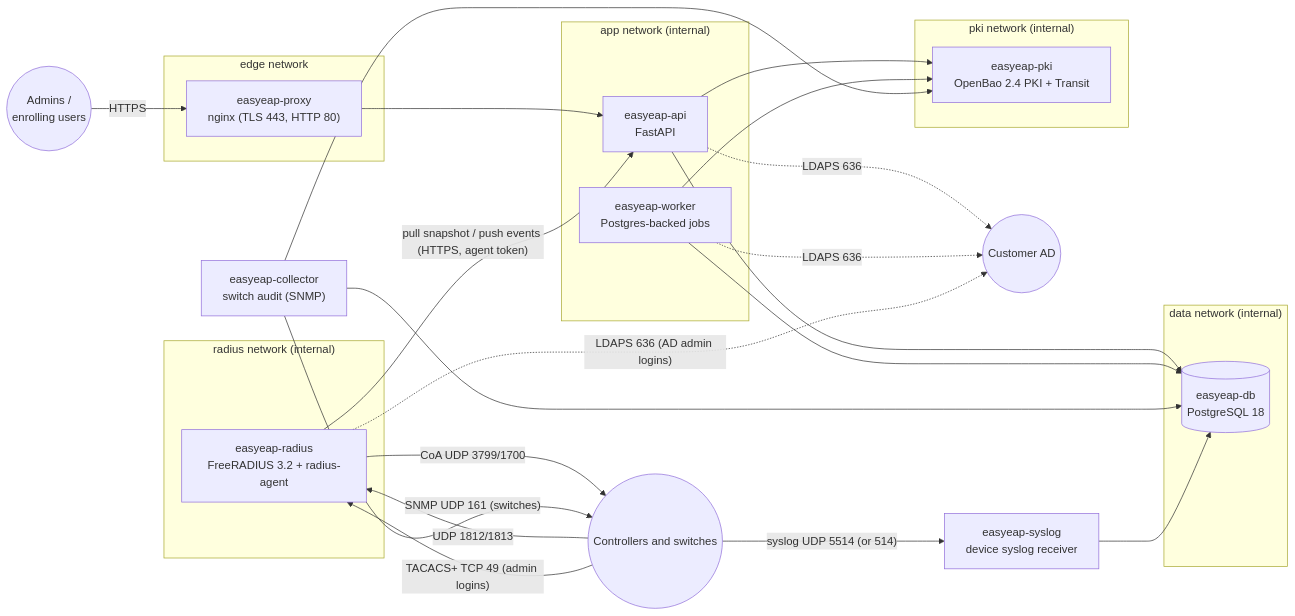
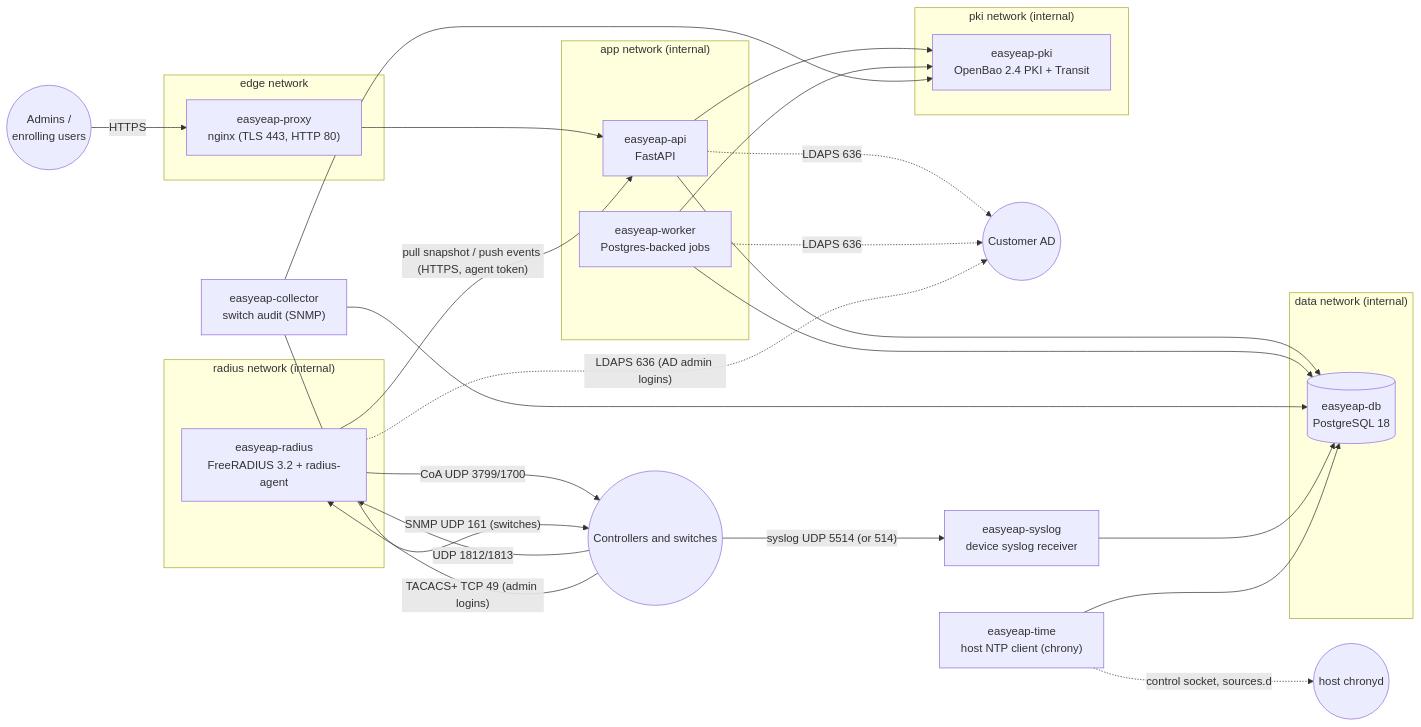
Before and after one commit to paulmataruso/EasyEAP: the first of 3 diagrams in ARCHITECTURE.md, drawn with Mermaid. The commit also changed other lines of this file and 39 other files, not shown here.

First line of the commit message:
Time (NTP) from the console, and dates on every log line

````diff
--- a/ARCHITECTURE.md
+++ b/ARCHITECTURE.md
@@ -7,39 +7,42 @@
 ```mermaid
 flowchart LR
   subgraph edge["edge network"]
     proxy["easyeap-proxy<br/>nginx (TLS 443, HTTP 80)"]
   end
   subgraph app["app network (internal)"]
     api["easyeap-api<br/>FastAPI"]
     worker["easyeap-worker<br/>Postgres-backed jobs"]
   end
   subgraph data["data network (internal)"]
     db[("easyeap-db<br/>PostgreSQL 18")]
   end
   subgraph pki["pki network (internal)"]
     bao["easyeap-pki<br/>OpenBao 2.4 PKI + Transit"]
   end
   subgraph rad["radius network (internal)"]
     radius["easyeap-radius<br/>FreeRADIUS 3.2 + radius-agent"]
   end
   collector["easyeap-collector<br/>switch audit (SNMP)"]
   syslog["easyeap-syslog<br/>device syslog receiver"]
+  time["easyeap-time<br/>host NTP client (chrony)"]
   admin(("Admins /<br/>enrolling users")) -->|HTTPS| proxy
   nas(("Controllers and switches")) -->|"UDP 1812/1813"| radius
   nas -->|"TACACS+ TCP 49 (admin logins)"| radius
   radius -->|"CoA UDP 3799/1700"| nas
   collector -->|"SNMP UDP 161 (switches)"| nas
   nas -->|"syslog UDP 5514 (or 514)"| syslog
   proxy --> api
   api --> db
   worker --> db
   collector --> db
   syslog --> db
+  time --> db
+  time -.->|"control socket, sources.d"| chronyd(("host chronyd"))
   api --> bao
   worker --> bao
   collector --> bao
   radius -->|"pull snapshot / push events (HTTPS, agent token)"| api
   api -.->|"LDAPS 636"| ad(("Customer AD"))
   worker -.->|"LDAPS 636"| ad
   radius -.->|"LDAPS 636 (AD admin logins)"| ad
 ```
````
